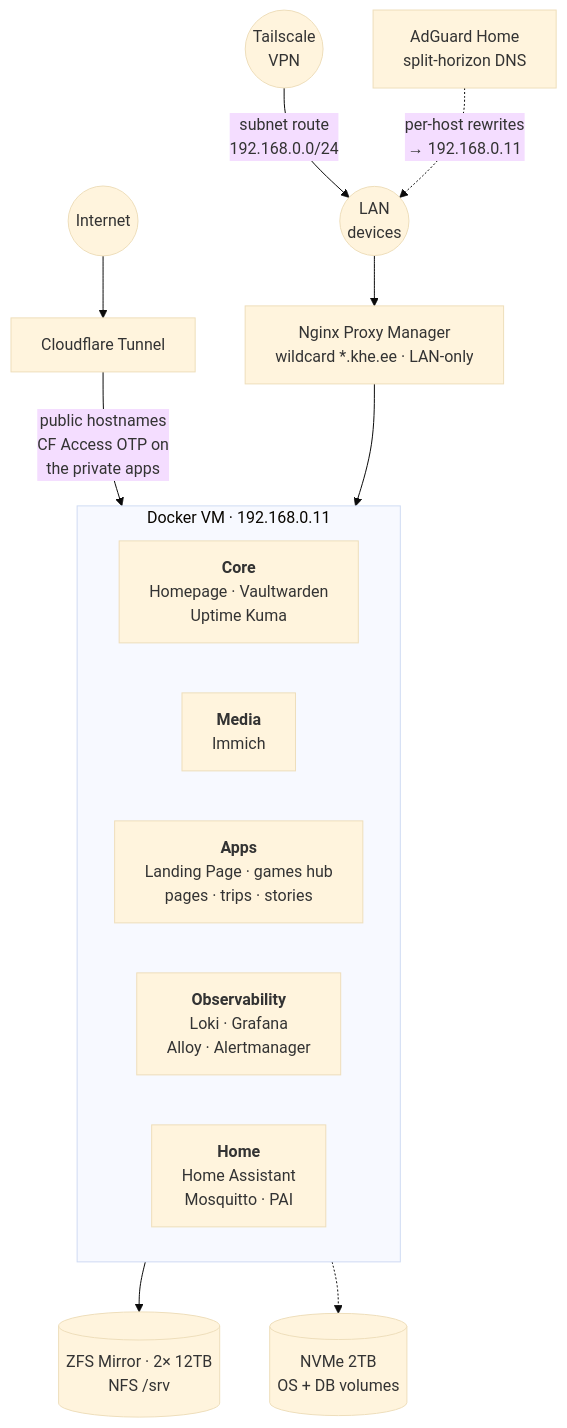
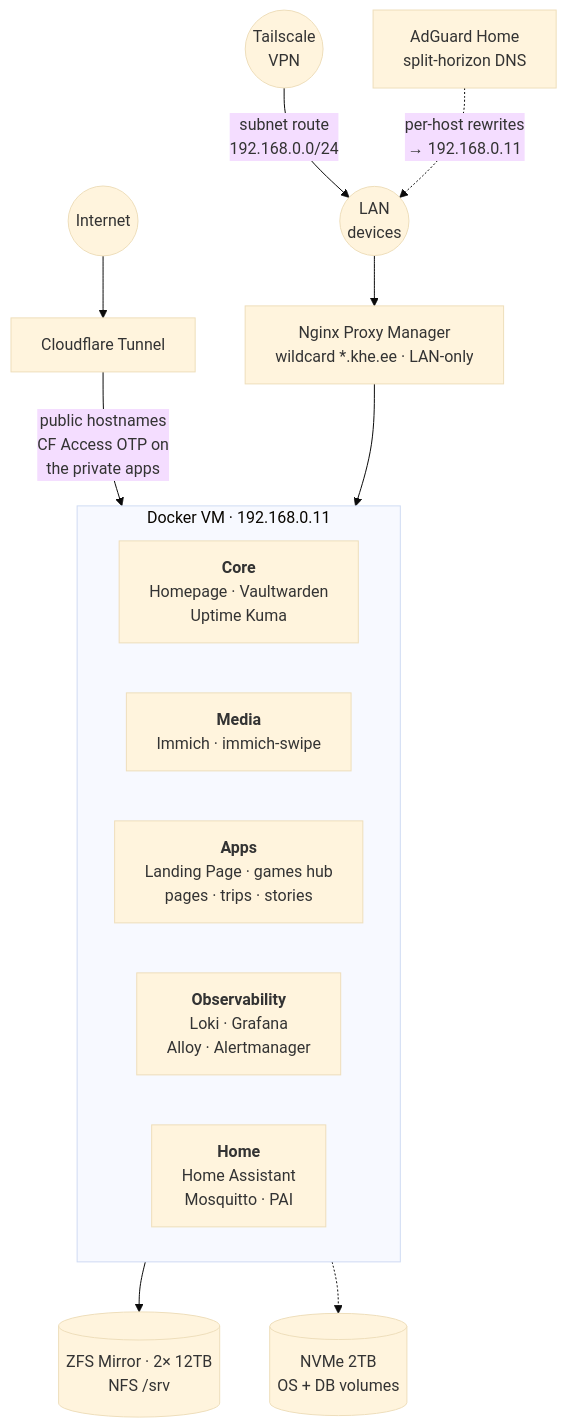
Before and after one commit to khelias/khe-homelab: the diagram in docs/architecture.md, drawn with Mermaid (base theme). The commit also changed other lines of this file and 7 other files, not shown here.

Commit message:
Add immich-swipe companion service (LAN/Tailscale only)

````diff
--- a/docs/architecture.md
+++ b/docs/architecture.md
@@ -12,26 +12,26 @@
 ```mermaid
 graph TB
     Internet((Internet))
     VPN((Tailscale<br/>VPN))
     LAN((LAN<br/>devices))
 
     Internet --> CF[Cloudflare Tunnel]
     VPN -->|subnet route<br/>192.168.0.0/24| LAN
     AG[AdGuard Home<br/>split-horizon DNS] -.->|per-host rewrites<br/>→ 192.168.0.11| LAN
     LAN --> NPM[Nginx Proxy Manager<br/>wildcard *.khe.ee · LAN-only]
 
     CF -->|public hostnames<br/>CF Access OTP on<br/>the private apps| DVM
     NPM --> DVM
 
     subgraph DVM[Docker VM · 192.168.0.11]
         direction LR
         Core["<b>Core</b><br/>Homepage · Vaultwarden<br/>Uptime Kuma"]
-        Media["<b>Media</b><br/>Immich"]
+        Media["<b>Media</b><br/>Immich · immich-swipe"]
         Apps["<b>Apps</b><br/>Landing Page · games hub<br/>pages · trips · stories"]
         Obs["<b>Observability</b><br/>Loki · Grafana<br/>Alloy · Alertmanager"]
         Home["<b>Home</b><br/>Home Assistant<br/>Mosquitto · PAI"]
     end
 
     DVM --> HDD[(ZFS Mirror · 2× 12TB<br/>NFS /srv)]
     DVM -.-> NVMe[(NVMe 2TB<br/>OS + DB volumes)]
 ```
````
